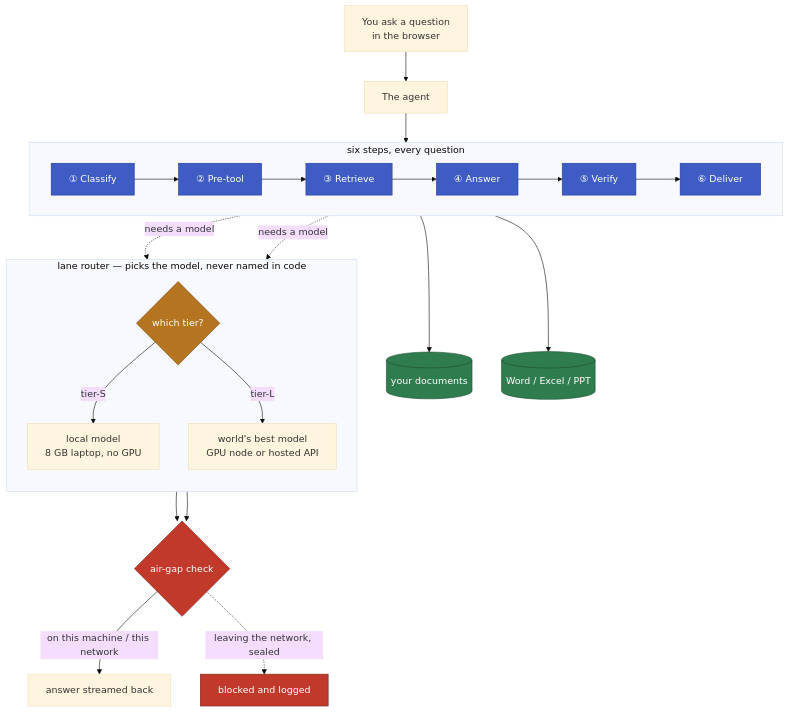
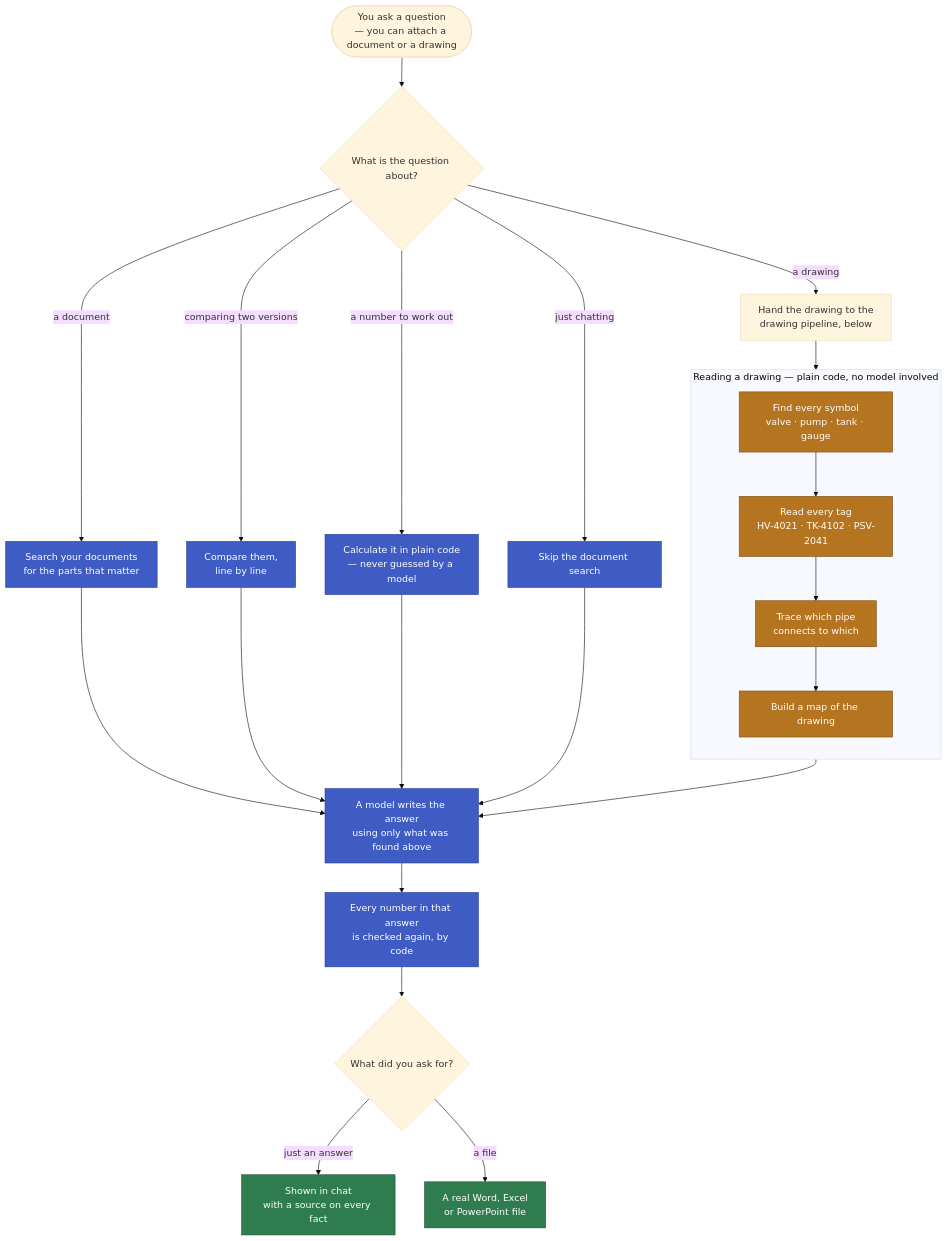
The first of 2 diagrams in README.md (karan27-dev/sylithe_agent), drawn with Mermaid (base theme) before and after one commit. The commit also changed other lines of this file, not shown here.

Commit message:
README: show the actual branches a question can take, including the P&ID path
The diagram summarised the pipe (classify → ... → deliver) but never showed
what "classify" actually decides between, or what a drawing question does
differently from a document question - which is the part worth watching in
a demo. Rebuilt it as a real branch diagram: document / drawing / compare /
calculate / chitchat each take a different path, with the drawing path
spelled out as its own four-step box (find symbols → read tags → trace
pipes → build the map) before every path rejoins at "a model writes the
answer". Labels stay plain English throughout - no file paths, no jargon.

````diff
--- a/README.md
+++ b/README.md
@@ -183,36 +183,37 @@
 ```mermaid
 flowchart TD
-    U["You ask a question<br/>in the browser"] --> AGENT["The agent"]
+    START(["You ask a question<br/>— you can attach a document or a drawing"]) --> WHAT{"What is the question about?"}
 
-    subgraph PIPE["six steps, every question"]
-        direction LR
-        C1["① Classify"] --> C2["② Pre-tool"] --> C3["③ Retrieve"] --> C4["④ Answer"] --> C5["⑤ Verify"] --> C6["⑥ Deliver"]
+    WHAT -->|"a document"| DOC["Search your documents<br/>for the parts that matter"]
+    WHAT -->|"a drawing"| HAND["Hand the drawing to the<br/>drawing pipeline, below"]
+    WHAT -->|"comparing two versions"| CMP["Compare them,<br/>line by line"]
+    WHAT -->|"a number to work out"| CALC["Calculate it in plain code<br/>— never guessed by a model"]
+    WHAT -->|"just chatting"| SKIP["Skip the document search"]
+
+    subgraph PIDBOX["Reading a drawing — plain code, no model involved"]
+        direction TB
+        P1["Find every symbol<br/>valve · pump · tank · gauge"] --> P2["Read every tag<br/>HV-4021 · TK-4102 · PSV-2041"]
+        P2 --> P3["Trace which pipe<br/>connects to which"]
+        P3 --> P4["Build a map of the drawing"]
     end
 
-    AGENT --> C1
-    C1 -.needs a model.-> ROUTER
-    C4 -.needs a model.-> ROUTER
-    C3 --> DB[("your documents")]
-    C6 --> FILE[("Word / Excel / PPT")]
+    HAND --> P1
 
-    subgraph ROUTER["lane router — picks the model, never named in code"]
-        direction TB
-        PICK{"which tier?"}
-        PICK -->|tier-S| LOCAL["local model<br/>8 GB laptop, no GPU"]
-        PICK -->|tier-L| WORLD["world's best model<br/>GPU node or hosted API"]
-    end
+    DOC --> WRITE
+    P4 --> WRITE
+    CMP --> WRITE
+    CALC --> WRITE
+    SKIP --> WRITE
 
-    LOCAL --> WALL
-    WORLD --> WALL{"air-gap check"}
-    WALL -->|on this machine / this network| OUT["answer streamed back"]
-    WALL -.->|leaving the network, sealed| BLOCK["blocked and logged"]
+    WRITE["A model writes the answer<br/>using only what was found above"] --> CHECK["Every number in that answer<br/>is checked again, by code"]
+    CHECK --> WANT{"What did you ask for?"}
+    WANT -->|"just an answer"| OUT1["Shown in chat<br/>with a source on every fact"]
+    WANT -->|"a file"| OUT2["A real Word, Excel<br/>or PowerPoint file"]
 
-    classDef stage fill:#3f5cc4,stroke:#243a99,color:#fff
-    classDef guard fill:#c0392b,stroke:#7a2019,color:#fff
-    classDef store fill:#2f7d4f,stroke:#1d4d30,color:#fff
-    classDef pick fill:#b5741f,stroke:#7a4d12,color:#fff
-    class C1,C2,C3,C4,C5,C6 stage
-    class WALL,BLOCK guard
-    class DB,FILE store
-    class PICK pick
+    classDef route fill:#3f5cc4,stroke:#243a99,color:#fff
+    classDef pidnode fill:#b5741f,stroke:#7a4d12,color:#fff
+    classDef out fill:#2f7d4f,stroke:#1d4d30,color:#fff
+    class DOC,CMP,CALC,SKIP,WRITE,CHECK route
+    class P1,P2,P3,P4 pidnode
+    class OUT1,OUT2 out
 ```
````
